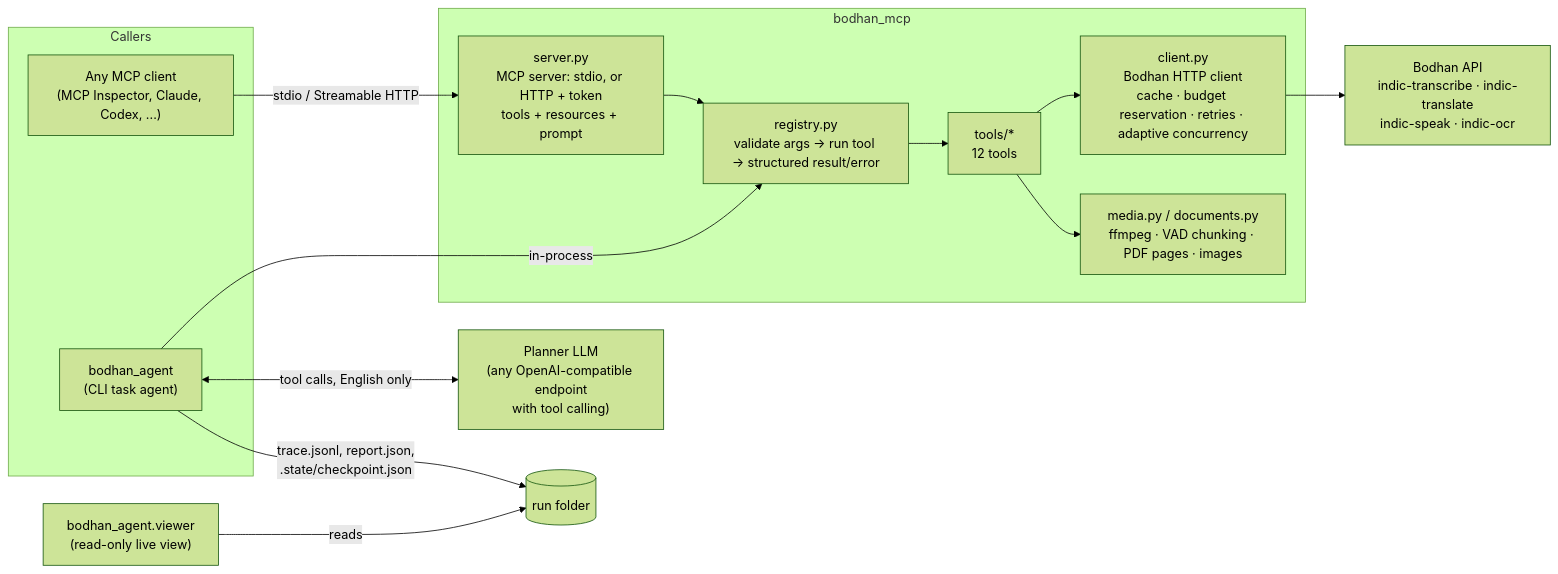
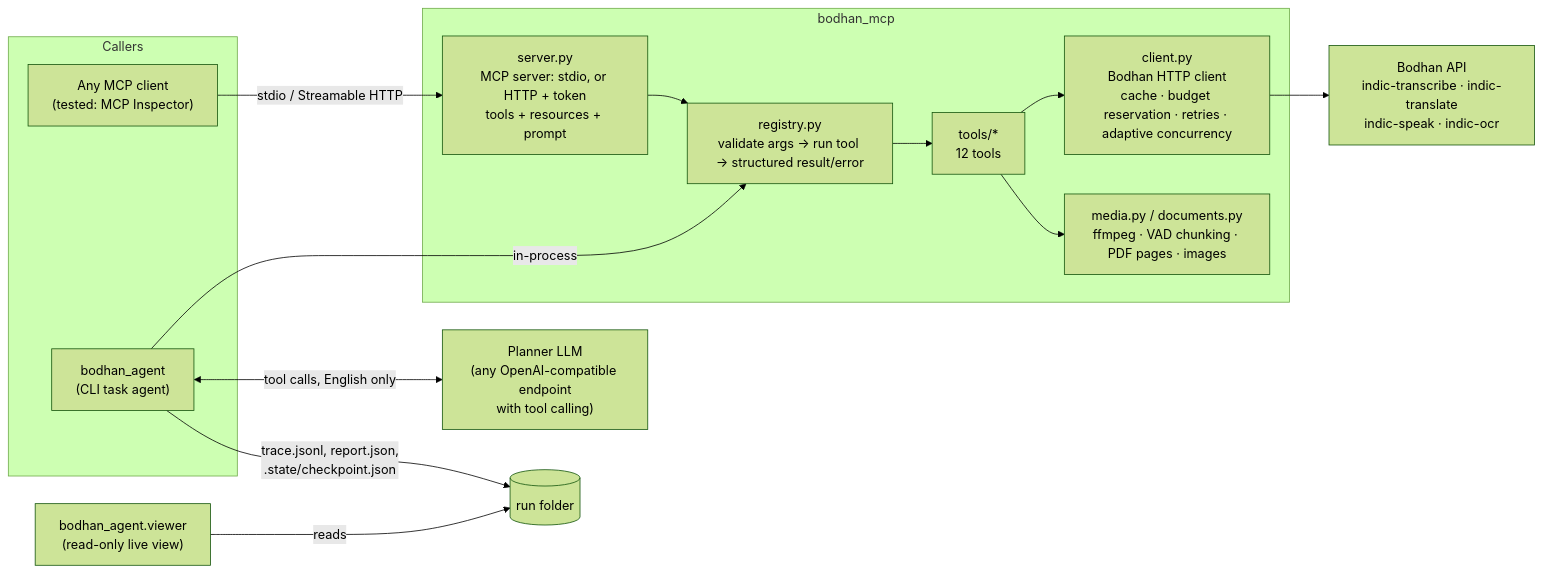
One commit to Bodhan-AI/Bodhan-AI-Cookbook changed the first of 2 diagrams in examples/indic_task_agent/docs/design.md. Above: the diagram before and after it, drawn with Mermaid (forest theme). The commit also changed other lines of this file and 139 other files, not shown here.

````diff
--- a/examples/indic_task_agent/docs/design.md
+++ b/examples/indic_task_agent/docs/design.md
@@ -17,23 +17,23 @@
 ```mermaid
 flowchart LR
     subgraph clients[Callers]
         A["bodhan_agent<br/>(CLI task agent)"]
-        M["Any MCP client<br/>(MCP Inspector, Claude, Codex, ...)"]
+        M["Any MCP client<br/>(tested: MCP Inspector)"]
     end
     subgraph server["bodhan_mcp"]
         S["server.py<br/>MCP server: stdio, or HTTP + token<br/>tools + resources + prompt"]
         R["registry.py<br/>validate args → run tool → structured result/error"]
         T["tools/*<br/>12 tools"]
         C["client.py<br/>Bodhan HTTP client<br/>cache · budget reservation · retries · adaptive concurrency"]
         X["media.py / documents.py<br/>ffmpeg · VAD chunking · PDF pages · images"]
     end
     LLM["Planner LLM<br/>(any OpenAI-compatible endpoint<br/>with tool calling)"]
     B["Bodhan API<br/>indic-transcribe · indic-translate<br/>indic-speak · indic-ocr"]
     M -- "stdio / Streamable HTTP" --> S --> R
     A -- in-process --> R
     A <-- tool calls, English only --> LLM
     A -- "trace.jsonl, report.json,<br/>.state/checkpoint.json" --> F[("run folder")]
     V["bodhan_agent.viewer<br/>(read-only live view)"] -- reads --> F
     R --> T --> C --> B
     T --> X
 ```
````
